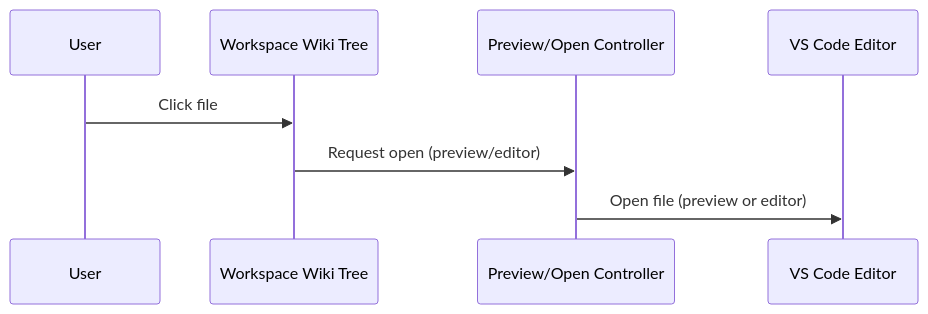
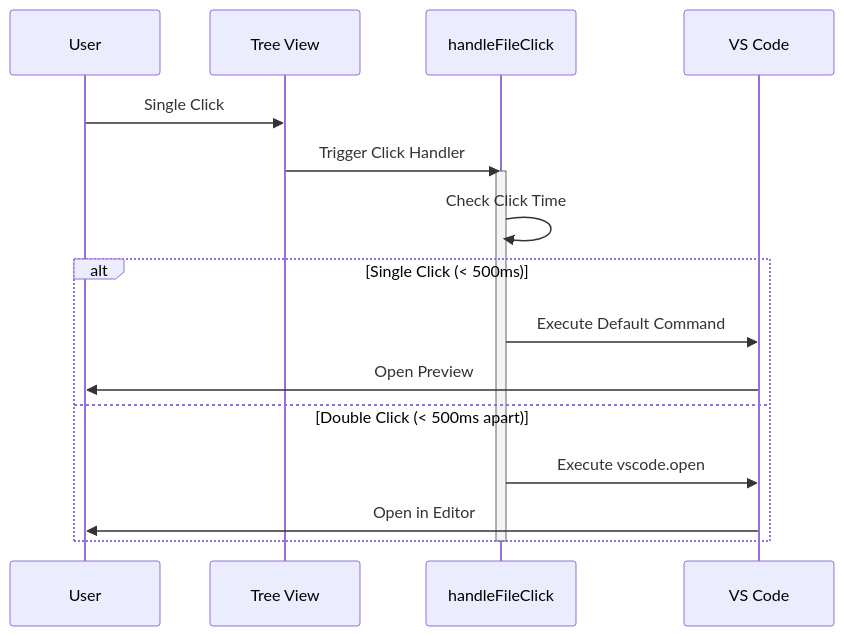
One commit to AlexJSully/workspace-wiki changed the diagram in docs/architecture/preview-controller.md. Above: the diagram before and after it, drawn with Mermaid. The commit also changed other lines of this file and 8 other files, not shown here.

````diff
--- a/docs/architecture/preview-controller.md
+++ b/docs/architecture/preview-controller.md
@@ -45,10 +45,19 @@
 ```mermaid
 sequenceDiagram
 	participant User as User
-	participant Tree as Workspace Wiki Tree
-	participant Controller as Preview/Open Controller
-	participant Editor as VS Code Editor
-	User->>Tree: Click file
-	Tree->>Controller: Request open (preview/editor)
-	Controller->>Editor: Open file (preview or editor)
+	participant Tree as Tree View
+	participant Handler as handleFileClick
+	participant Command as VS Code
+	User->>Tree: Single Click
+	Tree->>Handler: Trigger Click Handler
+	activate Handler
+	Handler->>Handler: Check Click Time
+	alt Single Click (< 500ms)
+		Handler->>Command: Execute Default Command
+		Command->>User: Open Preview
+	else Double Click (< 500ms apart)
+		Handler->>Command: Execute vscode.open
+		Command->>User: Open in Editor
+	end
+	deactivate Handler
 ```
````
